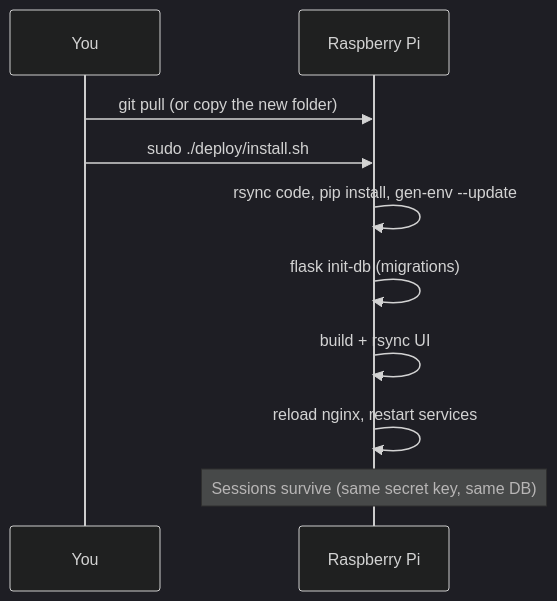
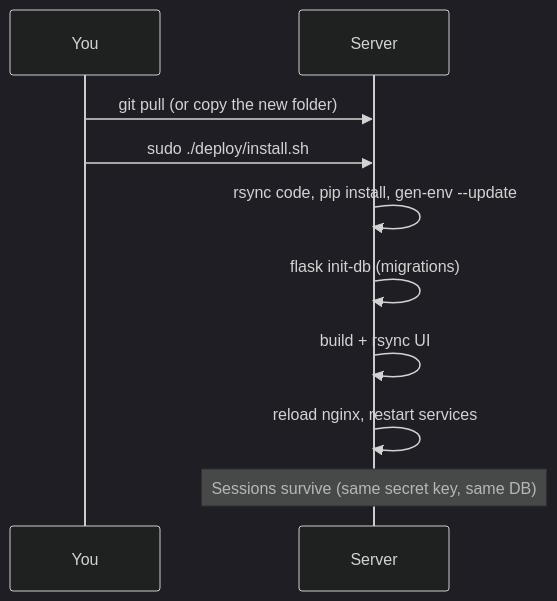
One commit to juanecito/Home_Access_Web changed the fifth of 6 diagrams in doc/06-deployment.md. Above: the diagram before and after it, drawn with Mermaid (dark theme). The commit also changed other lines of this file and 22 other files, not shown here.

````diff
--- a/doc/06-deployment.md
+++ b/doc/06-deployment.md
@@ -246,12 +246,12 @@
 ```mermaid
 sequenceDiagram
     participant Dev as You
-    participant Pi as Raspberry Pi
-    Dev->>Pi: git pull (or copy the new folder)
-    Dev->>Pi: sudo ./deploy/install.sh
-    Pi->>Pi: rsync code, pip install, gen-env --update
-    Pi->>Pi: flask init-db (migrations)
-    Pi->>Pi: build + rsync UI
-    Pi->>Pi: reload nginx, restart services
-    Note over Pi: Sessions survive (same secret key, same DB)
+    participant Srv as Server
+    Dev->>Srv: git pull (or copy the new folder)
+    Dev->>Srv: sudo ./deploy/install.sh
+    Srv->>Srv: rsync code, pip install, gen-env --update
+    Srv->>Srv: flask init-db (migrations)
+    Srv->>Srv: build + rsync UI
+    Srv->>Srv: reload nginx, restart services
+    Note over Srv: Sessions survive (same secret key, same DB)
 ```
````
